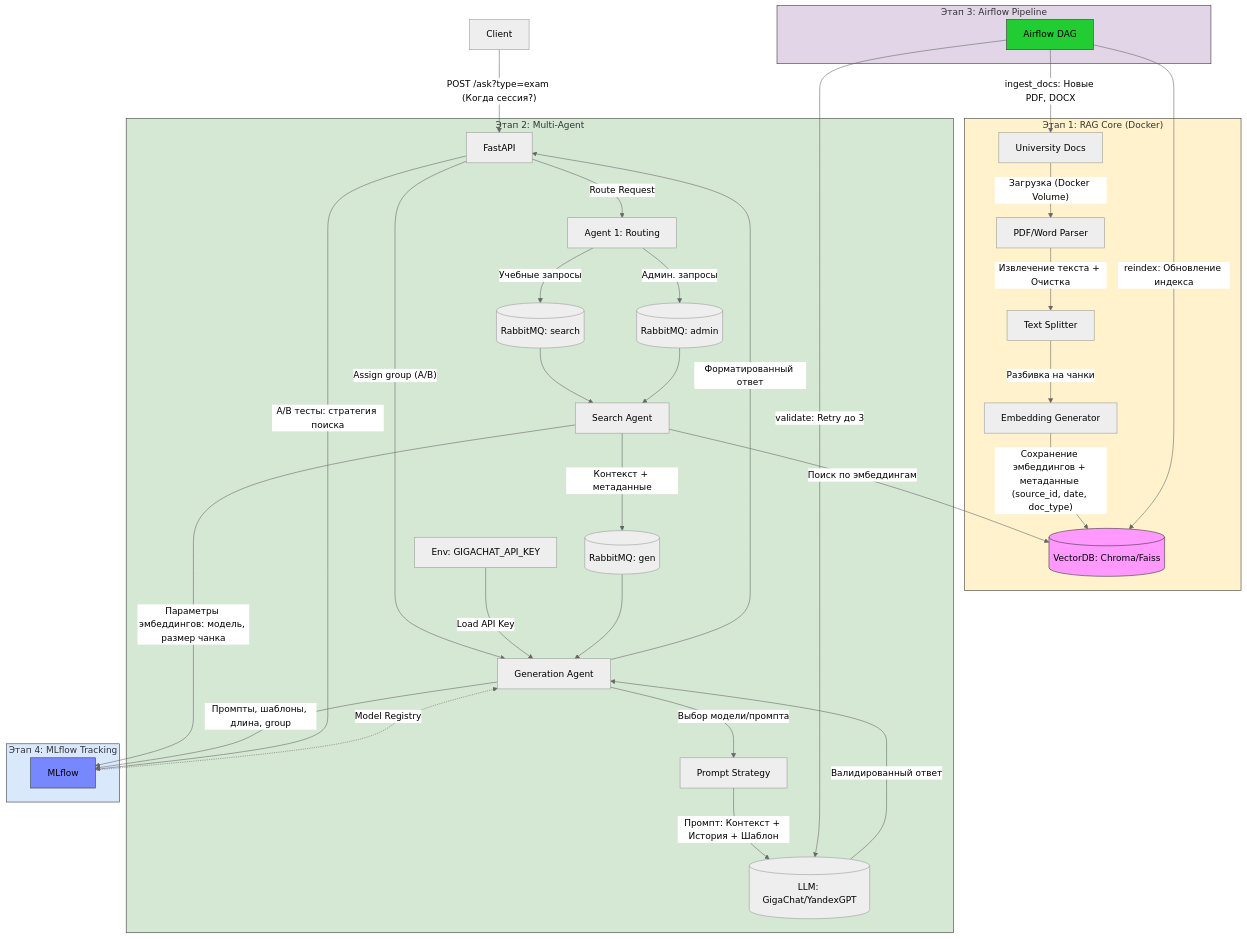
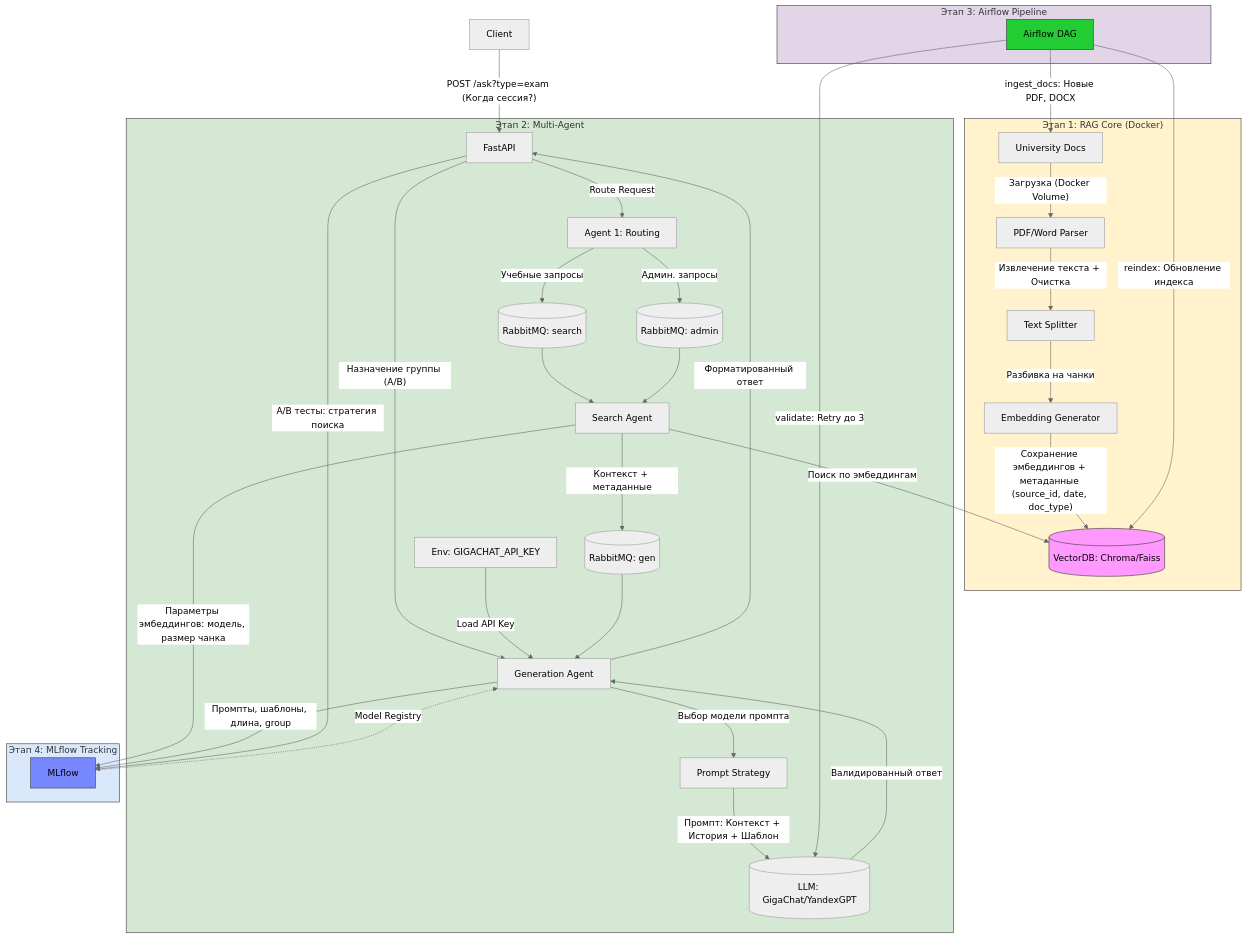
Before and after one commit to BandrD/assistant-_for_un: the first of 2 diagrams in README.md, drawn with Mermaid (neutral theme).

````diff
--- a/README.md
+++ b/README.md
@@ -12,57 +12,57 @@
 ```mermaid
 flowchart TD
     %% ===== Этап 1: RAG-система =====
     subgraph RAG["Этап 1: RAG Core (Docker)"]
         D[University Docs] -->|"Загрузка (Docker Volume)"| PARSER[PDF/Word Parser]
         PARSER -->|"Извлечение текста + Очистка"| TS[Text Splitter]
         TS -->|"Разбивка на чанки"| EG[Embedding Generator]
         EG -->|"Сохранение эмбеддингов + метаданные (source_id, date, doc_type)"| VDB[(VectorDB: Chroma/Faiss)]
         style VDB fill:#f9f,stroke:#333
     end
 
     %% ===== Клиентский запрос =====
     C[Client] -->|"POST /ask?type=exam (Когда сессия?)"| API[FastAPI]
     API -->|"Route Request"| A1[Agent 1: Routing]
 
     %% ===== A/B тестирование пометка =====
-    API -->|"Assign group (A/B)"| A3[Generation Agent]
+    API -->|"Назначение группы (A/B)"| A3[Generation Agent]
 
     %% ===== Этап 2: Агенты =====
     subgraph MA["Этап 2: Multi-Agent"]
         ENV[Env: GIGACHAT_API_KEY] -->|"Load API Key"| A3
         A1 -->|"Учебные запросы"| Q1[(RabbitMQ: search)]
         A1 -->|"Админ. запросы"| Q2[(RabbitMQ: admin)]
         Q1 --> A2[Search Agent]
         Q2 --> A2
         A2 -->|"Поиск по эмбеддингам"| VDB
         A2 -->|"Контекст + метаданные"| Q3[(RabbitMQ: gen)]
         Q3 --> A3
-        A3 -->|"Выбор модели/промпта"| PROMPT[Prompt Strategy]
+        A3 -->|"Выбор модели промпта"| PROMPT[Prompt Strategy]
         PROMPT -->|"Промпт: Контекст + История + Шаблон"| LLM[(LLM: GigaChat/YandexGPT)]
         LLM -->|"Валидированный ответ"| A3
         A3 -->|"Форматированный ответ"| API
     end
 
     %% ===== Этап 3: Airflow =====
     subgraph AF["Этап 3: Airflow Pipeline"]
         DAG[Airflow DAG] -->|"ingest_docs: Новые PDF, DOCX"| D
         DAG -->|"reindex: Обновление индекса"| VDB
         DAG -->|"validate: Retry до 3"| LLM
         style DAG fill:#2c3,stroke:#333
     end
 
     %% ===== Этап 4: MLflow =====
     subgraph ML["Этап 4: MLflow Tracking"]
         A2 -->|"Параметры эмбеддингов: модель, размер чанка"| MLF[MLflow]
         A3 -->|"Промпты, шаблоны, длина, group"| MLF
         API -->|"A/B тесты: стратегия поиска"| MLF
         MLF -.->|"Model Registry"| A3
         style MLF fill:#78f,stroke:#333
     end
 
     %% ===== Стили =====
     style RAG fill:#fff2cc,stroke:#333
     style MA fill:#d5e8d4,stroke:#333
     style AF fill:#e1d5e7,stroke:#333
     style ML fill:#dae8fc,stroke:#333
 ```
````
